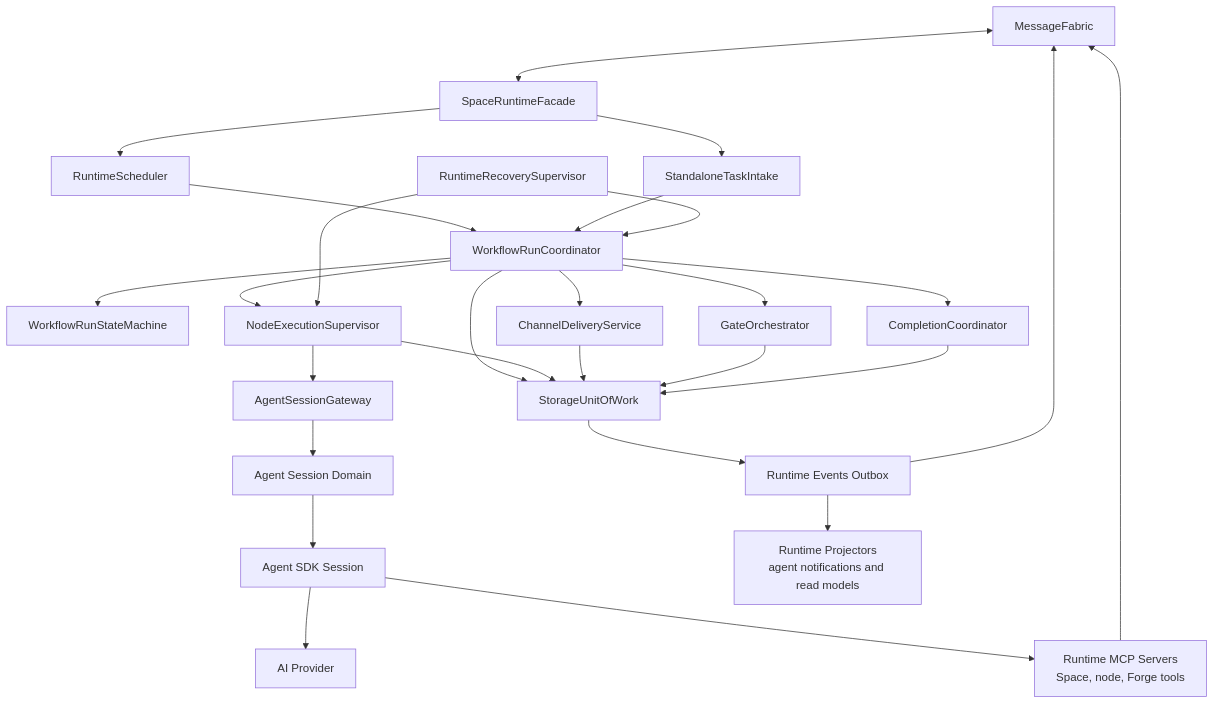
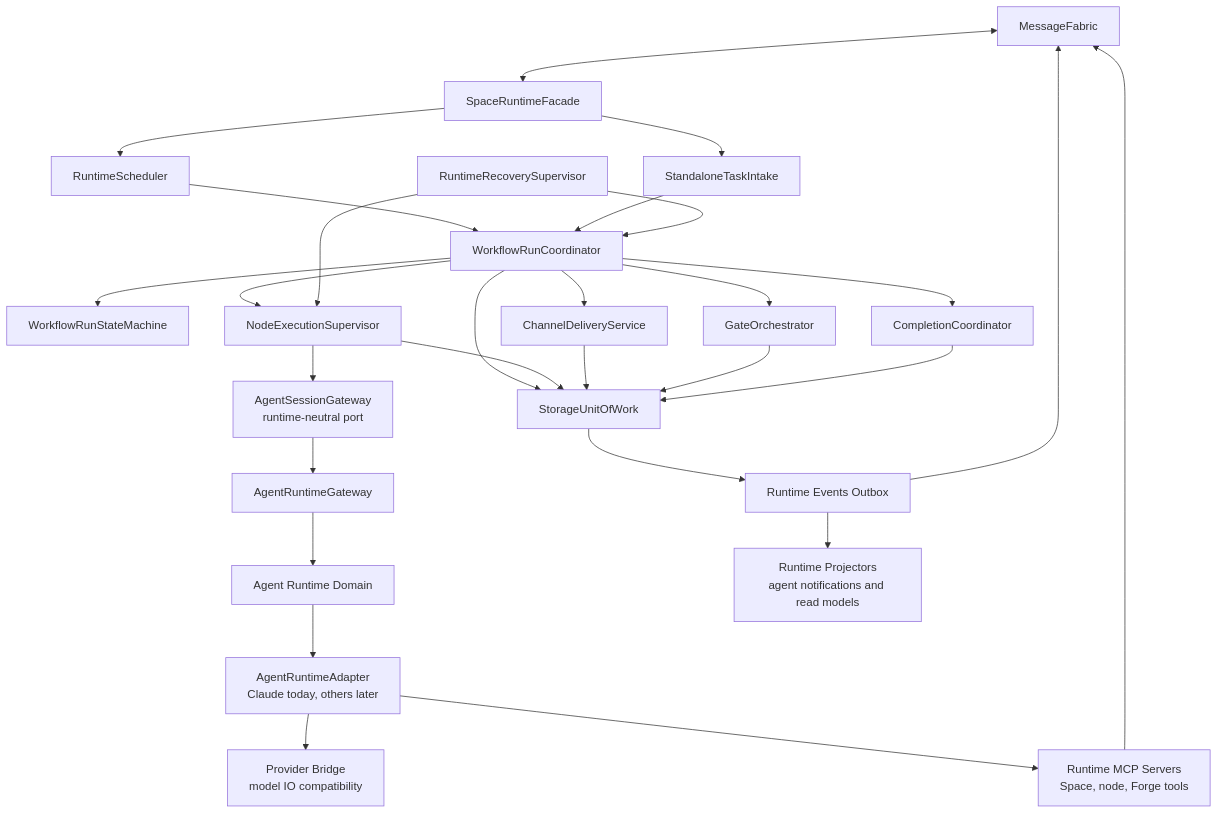
The fifth of 8 diagrams in docs/architecture/target-architecture-overview.md (lsm/HyperNeo), drawn with Mermaid before and after one commit. The commit also changed other lines of this file and 1 other file, not shown here.

Commit message:
docs: design agent runtime provider compatibility

````diff
--- a/docs/architecture/target-architecture-overview.md
+++ b/docs/architecture/target-architecture-overview.md
@@ -330,51 +332,53 @@
 ```mermaid
 flowchart TB
   Fabric["MessageFabric"]
   SpaceFacade["SpaceRuntimeFacade"]
   Scheduler["RuntimeScheduler"]
   Intake["StandaloneTaskIntake"]
   Coordinator["WorkflowRunCoordinator"]
   StateMachine["WorkflowRunStateMachine"]
   Nodes["NodeExecutionSupervisor"]
   Channels["ChannelDeliveryService"]
   Gates["GateOrchestrator"]
   Completion["CompletionCoordinator"]
   Recovery["RuntimeRecoverySupervisor"]
-  AgentGateway["AgentSessionGateway"]
-  SessionDomain["Agent Session Domain"]
-  SDK["Agent SDK Session"]
-  Provider["AI Provider"]
+  AgentGateway["AgentSessionGateway<br/>runtime-neutral port"]
+  SessionDomain["Agent Runtime Domain"]
+  RuntimeGateway["AgentRuntimeGateway"]
+  RuntimeAdapter["AgentRuntimeAdapter<br/>Claude today, others later"]
+  Provider["Provider Bridge<br/>model IO compatibility"]
   MCP["Runtime MCP Servers<br/>Space, node, Forge tools"]
   UOW["StorageUnitOfWork"]
   Outbox["Runtime Events Outbox"]
   Projectors["Runtime Projectors<br/>agent notifications and read models"]
 
   Fabric <--> SpaceFacade
   SpaceFacade --> Scheduler
   Scheduler --> Coordinator
   SpaceFacade --> Intake
   Intake --> Coordinator
   Coordinator --> StateMachine
   Coordinator --> Nodes
   Coordinator --> Channels
   Coordinator --> Gates
   Coordinator --> Completion
   Recovery --> Coordinator
   Recovery --> Nodes
 
   Nodes --> AgentGateway
-  AgentGateway --> SessionDomain
-  SessionDomain --> SDK
-  SDK --> Provider
-  SDK --> MCP
+  AgentGateway --> RuntimeGateway
+  RuntimeGateway --> SessionDomain
+  SessionDomain --> RuntimeAdapter
+  RuntimeAdapter --> Provider
+  RuntimeAdapter --> MCP
   MCP --> Fabric
 
   Coordinator --> UOW
   Nodes --> UOW
   Channels --> UOW
   Gates --> UOW
   Completion --> UOW
   UOW --> Outbox
   Outbox --> Fabric
   Outbox --> Projectors
 ```
````
